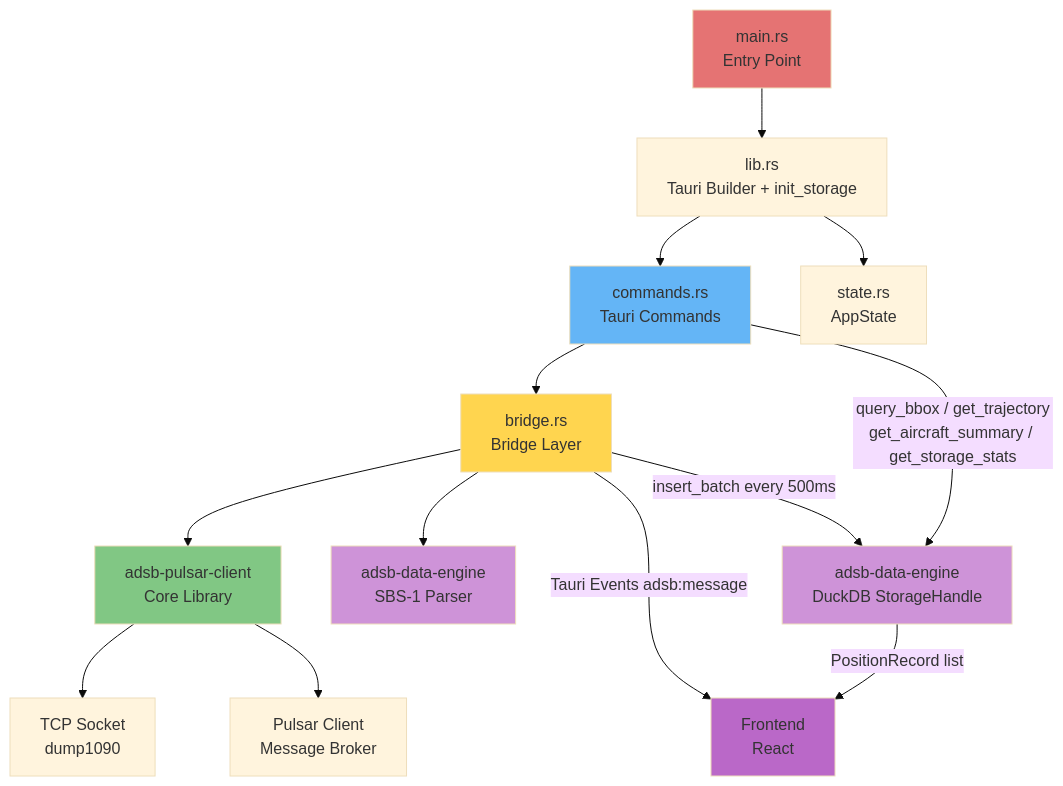
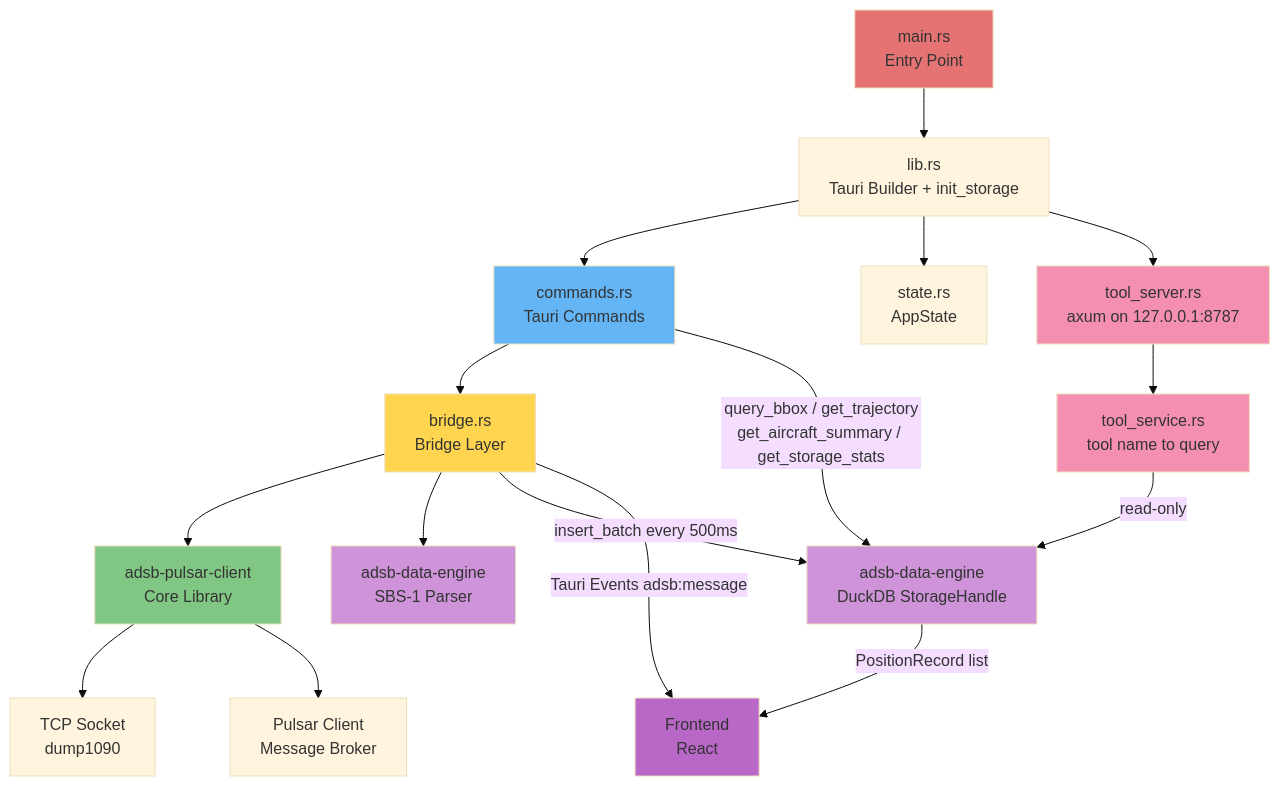
The seventh of 13 diagrams in rust/adsb-pulsar-client-desktop/docs/DESIGN.md (bnassivet/adsb-feed), drawn with Mermaid (base theme) before and after one commit. The commit also changed other lines of this file and 2 other files, not shown here.

````diff
--- a/rust/adsb-pulsar-client-desktop/docs/DESIGN.md
+++ b/rust/adsb-pulsar-client-desktop/docs/DESIGN.md
@@ -1330,26 +1555,31 @@
 ```mermaid
 graph TD
     Main[main.rs<br/>Entry Point] --> Lib[lib.rs<br/>Tauri Builder + init_storage]
     Lib --> Commands[commands.rs<br/>Tauri Commands]
     Lib --> State[state.rs<br/>AppState]
+    Lib --> ToolServer[tool_server.rs<br/>axum on 127.0.0.1:8787]
+    ToolServer --> ToolService[tool_service.rs<br/>tool name to query]
+    ToolService -->|read-only| Storage
 
     Commands --> Bridge[bridge.rs<br/>Bridge Layer]
     Bridge --> Client[adsb-pulsar-client<br/>Core Library]
     Bridge --> Parser[adsb-data-engine<br/>SBS-1 Parser]
     Bridge -->|insert_batch every 500ms| Storage[adsb-data-engine<br/>DuckDB StorageHandle]
     Commands -->|query_bbox / get_trajectory<br/>get_aircraft_summary / get_storage_stats| Storage
 
     Client --> Socket[TCP Socket<br/>dump1090]
     Client --> Pulsar[Pulsar Client<br/>Message Broker]
 
     Bridge -->|Tauri Events adsb:message| Frontend[Frontend<br/>React]
     Storage -->|PositionRecord list| Frontend
 
     style Main fill:#E57373
     style Commands fill:#64B5F6
     style Bridge fill:#FFD54F
     style Client fill:#81C784
     style Frontend fill:#BA68C8
     style Storage fill:#CE93D8
     style Parser fill:#CE93D8
+    style ToolServer fill:#F48FB1
+    style ToolService fill:#F48FB1
 ```
````
